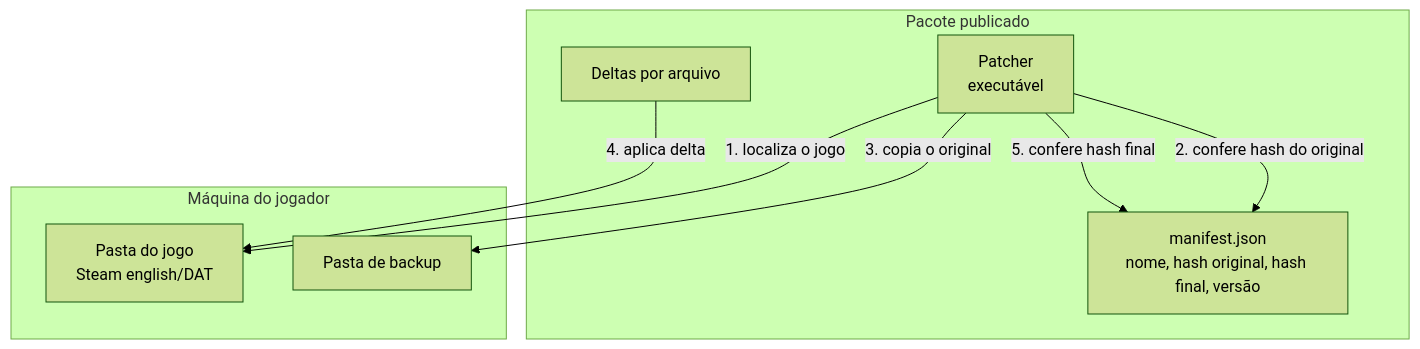
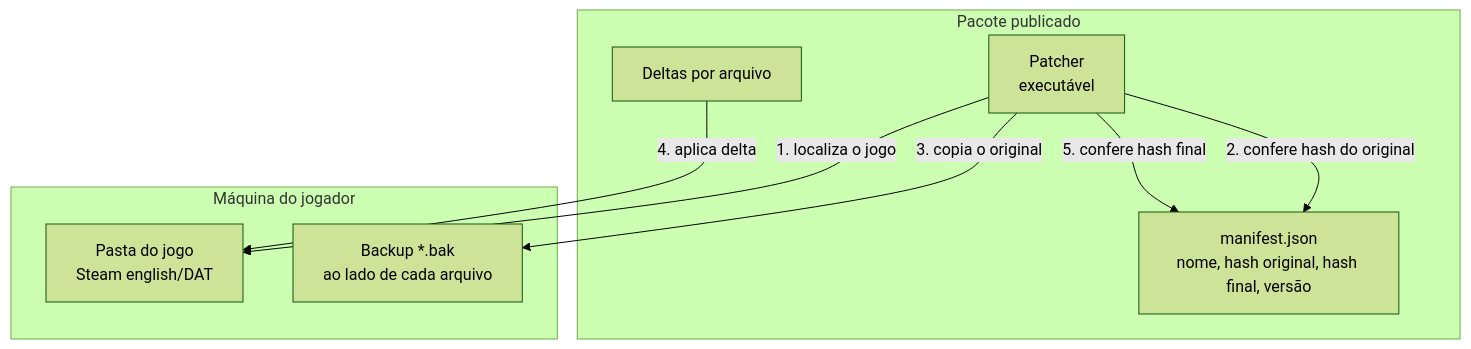
One commit to scudellerlemos/translation-cognition-framework changed the second of 4 diagrams in projects/bof4/PRD_DISTRIBUICAO.md. Above: the diagram before and after it, drawn with Mermaid (forest theme). The commit also changed other lines of this file and 31 other files, not shown here.

Commit message:
docs: auditoria geral — skills 00..09, modulos de runtime, schema do project.json, caminho de sessao, distribuicao, CI e estado do bof4

````diff
--- a/projects/bof4/PRD_DISTRIBUICAO.md
+++ b/projects/bof4/PRD_DISTRIBUICAO.md
@@ -59,17 +61,17 @@
 ```mermaid
 flowchart TB
     subgraph PK["Pacote publicado"]
         P1[Patcher<br/>executável]
         P2[Deltas por arquivo]
         P3[manifest.json<br/>nome, hash original, hash final, versão]
     end
     subgraph MJ["Máquina do jogador"]
         J1[Pasta do jogo<br/>Steam english/DAT]
-        J2[Pasta de backup]
+        J2[Backup *.bak<br/>ao lado de cada arquivo]
     end
     P1 -->|1. localiza o jogo| J1
     P1 -->|2. confere hash do original| P3
     P1 -->|3. copia o original| J2
     P2 -->|4. aplica delta| J1
     P1 -->|5. confere hash final| P3
 ```
````
